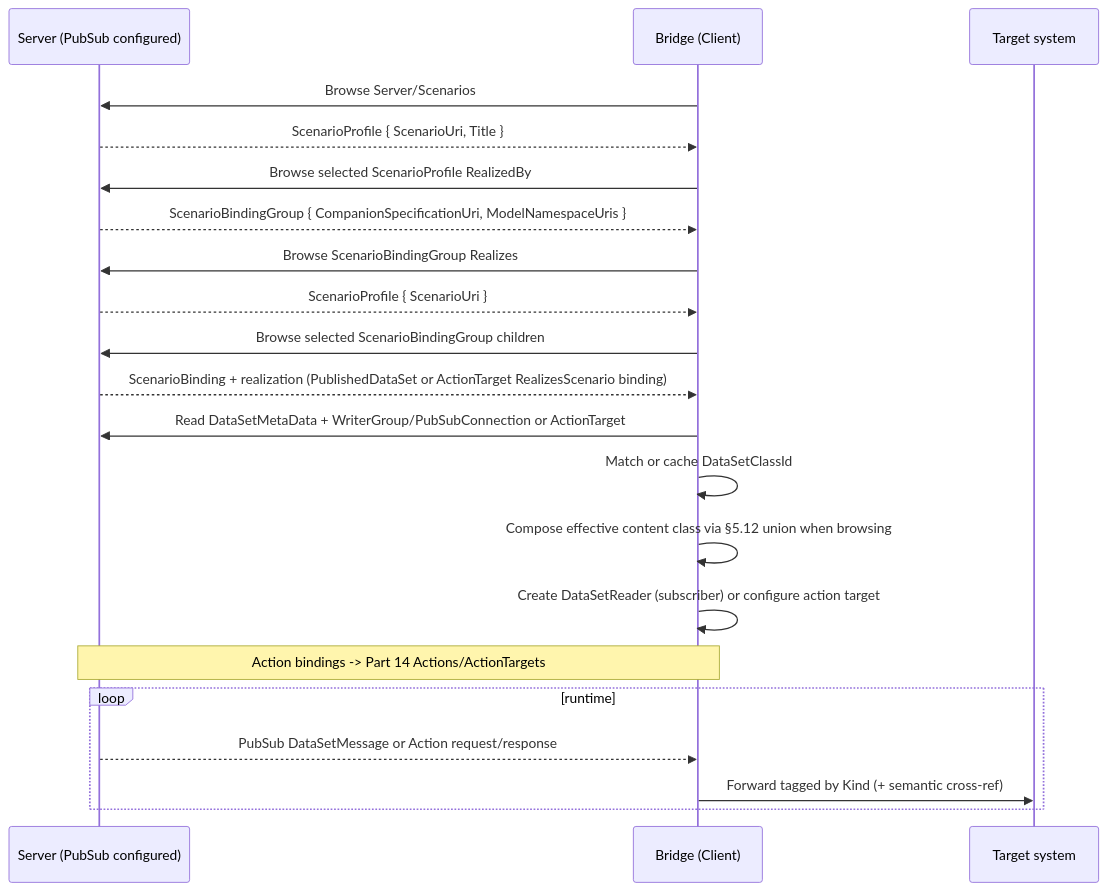
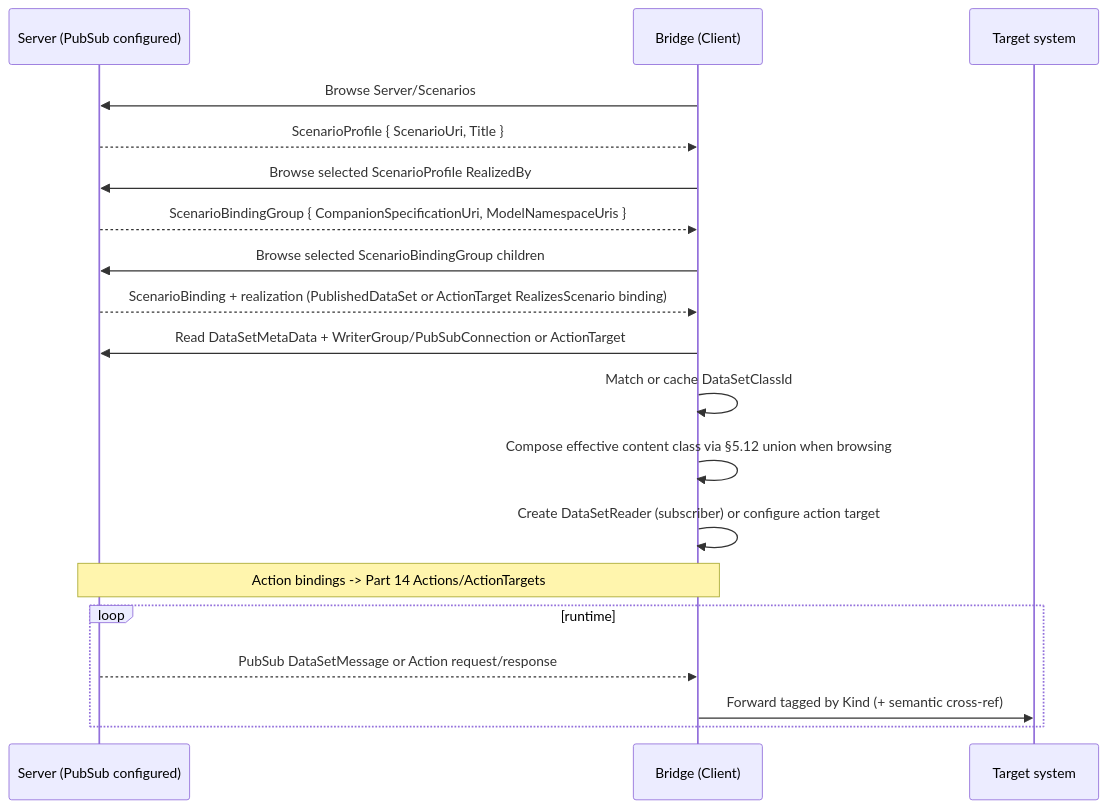
The sixth of 7 diagrams in core-specs/scenario-binding/OPC-UA-Scenario-Bindings.md (marcschier/opcua-drafts), drawn with Mermaid before and after one commit. The commit also changed other lines of this file, not shown here.

Commit message:
Trim redundant group->profile Realizes round-trip from the §6 discovery sequences
In the scenario-first walkthrough the bridge already selected the ScenarioProfile
(so it holds the ScenarioUri); re-browsing the group's inverse Realizes to re-fetch
the profile is not required. Removed the 'Browse ScenarioBindingGroup Realizes ->
ScenarioProfile { ScenarioUri }' pair from both the classic (§6.2) and PubSub (§6.3)
sequence diagrams. The reverse Realizes reference remains in the model and in the
instance-first discovery path (§6.1 step 1).

````diff
--- a/core-specs/scenario-binding/OPC-UA-Scenario-Bindings.md
+++ b/core-specs/scenario-binding/OPC-UA-Scenario-Bindings.md
@@ -587,23 +585,21 @@
 ```mermaid
 sequenceDiagram
   participant S as Server (PubSub configured)
   participant B as Bridge (Client)
   participant X as Target system
   B->>S: Browse Server/Scenarios
   S-->>B: ScenarioProfile { ScenarioUri, Title }
   B->>S: Browse selected ScenarioProfile RealizedBy
   S-->>B: ScenarioBindingGroup { CompanionSpecificationUri, ModelNamespaceUris }
-  B->>S: Browse ScenarioBindingGroup Realizes
-  S-->>B: ScenarioProfile { ScenarioUri }
   B->>S: Browse selected ScenarioBindingGroup children
   S-->>B: ScenarioBinding + realization (PublishedDataSet or ActionTarget RealizesScenario binding)
   B->>S: Read DataSetMetaData + WriterGroup/PubSubConnection or ActionTarget
   B->>B: Match or cache DataSetClassId
   B->>B: Compose effective content class via §5.12 union when browsing
   B->>B: Create DataSetReader (subscriber) or configure action target
   Note over S,B: Action bindings -> Part 14 Actions/ActionTargets
   loop runtime
     S-->>B: PubSub DataSetMessage or Action request/response
     B->>X: Forward tagged by Kind (+ semantic cross-ref)
   end
 ```
````
